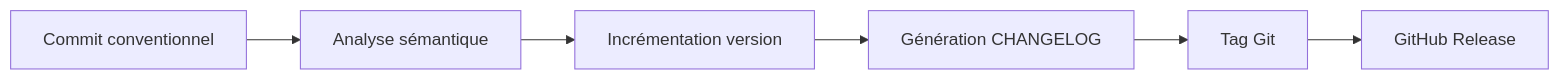
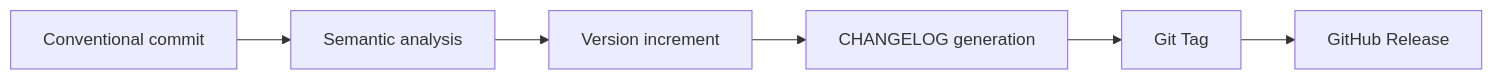
One commit to ShakaTry/cursor-rules-mdc changed the diagram in docs/architecture.md. Above: the diagram before and after it, drawn with Mermaid. The commit also changed other lines of this file and 13 other files, not shown here.

````diff
--- a/docs/architecture.md
+++ b/docs/architecture.md
@@ -91,8 +91,8 @@
 ```mermaid
 graph LR
-    A[Commit conventionnel] --> B[Analyse sémantique]
-    B --> C[Incrémentation version]
-    C --> D[Génération CHANGELOG]
-    D --> E[Tag Git]
+    A[Conventional commit] --> B[Semantic analysis]
+    B --> C[Version increment]
+    C --> D[CHANGELOG generation]
+    D --> E[Git Tag]
     E --> F[GitHub Release]
 ```
````
